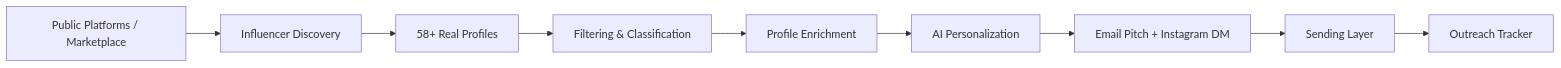
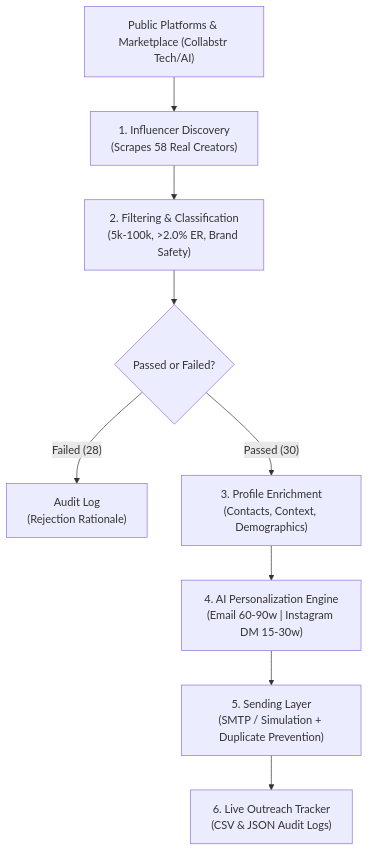
The diagram in README.md (ansh-rohilla/automated-micro-influencer-outreach), drawn with Mermaid before and after one commit. The commit also changed other lines of this file and 22 other files, not shown here.

Commit message:
feat: complete end-to-end automated micro-influencer outreach pipeline with UI and tests

````diff
--- a/README.md
+++ b/README.md
@@ -15,11 +38,11 @@
 ```mermaid
-flowchart LR
-    A[Public Platforms / Marketplace] --> B[Influencer Discovery]
-    B --> C[58+ Real Profiles]
-    C --> D[Filtering & Classification]
-    D --> E[Profile Enrichment]
-    E --> F[AI Personalization]
-    F --> G[Email Pitch + Instagram DM]
-    G --> H[Sending Layer]
-    H --> I[Outreach Tracker]
+flowchart TD
+    A["Public Platforms & Marketplace (Collabstr Tech/AI)"] --> B["1. Influencer Discovery\n(Scrapes 58 Real Creators)"]
+    B --> C["2. Filtering & Classification\n(5k-100k, >2.0% ER, Brand Safety)"]
+    C --> D{"Passed or Failed?"}
+    D -- "Failed (28)" --> E["Audit Log\n(Rejection Rationale)"]
+    D -- "Passed (30)" --> F["3. Profile Enrichment\n(Contacts, Context, Demographics)"]
+    F --> G["4. AI Personalization Engine\n(Email 60-90w | Instagram DM 15-30w)"]
+    G --> H["5. Sending Layer\n(SMTP / Simulation + Duplicate Prevention)"]
+    H --> I["6. Live Outreach Tracker\n(CSV & JSON Audit Logs)"]
 ```
````
